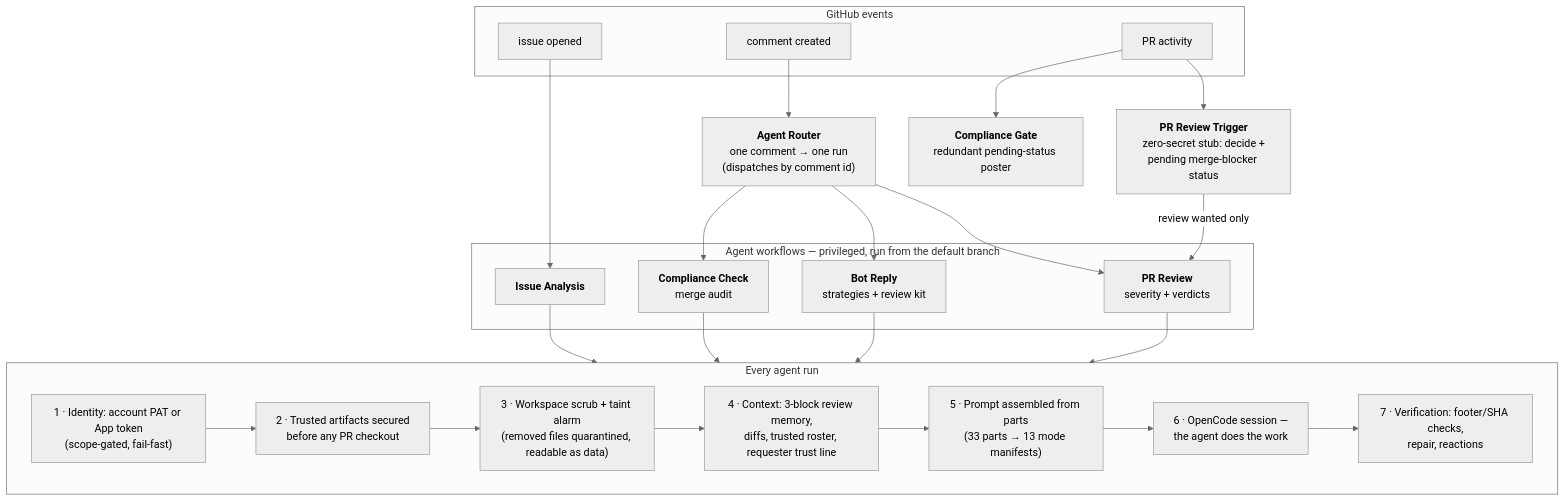
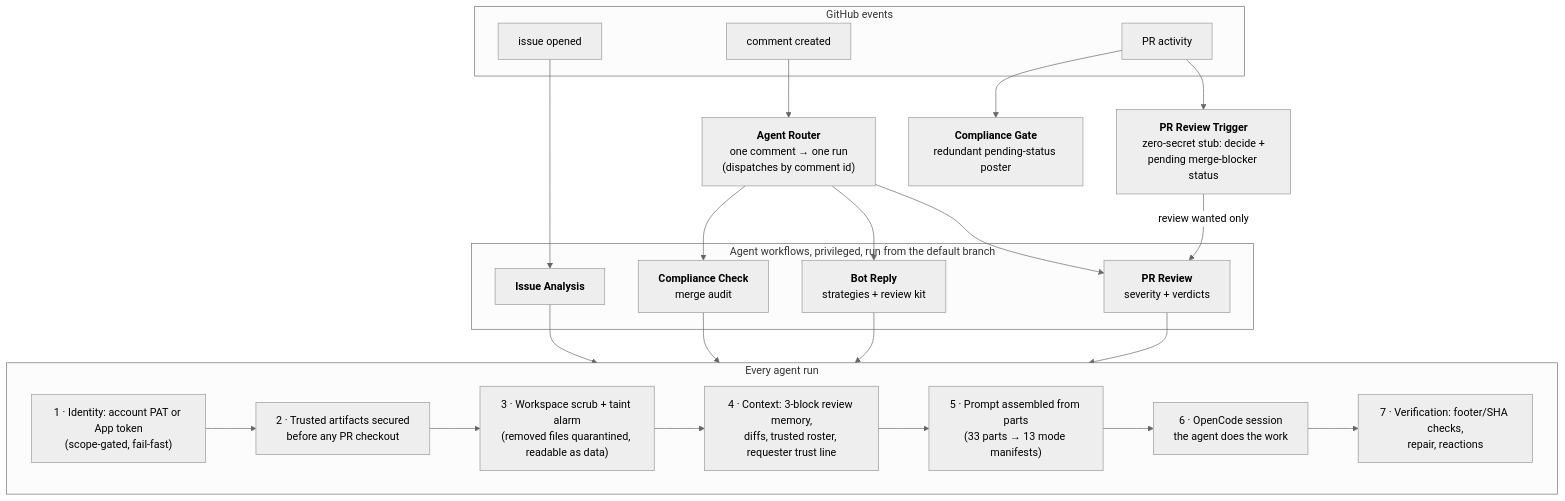
One commit to Mirrowel/Mirrobot-agent changed the diagram in README.md. Above: the diagram before and after it, drawn with Mermaid (neutral theme). The commit also changed other lines of this file and 33 other files, not shown here.

````diff
--- a/README.md
+++ b/README.md
@@ -70,36 +70,36 @@
 ```mermaid
 flowchart TB
     subgraph events["GitHub events"]
         C[comment created]
         I[issue opened]
         P[PR activity]
     end
 
     C --> ROUTER["<b>Agent Router</b><br/>one comment → one run<br/>(dispatches by comment id)"]
     I --> ISSUE["<b>Issue Analysis</b>"]
     P --> STUB["<b>PR Review Trigger</b><br/>zero-secret stub: decide +<br/>pending merge-blocker status"]
     P --> GATE["<b>Compliance Gate</b><br/>redundant pending-status poster"]
     STUB -->|review wanted only| REVIEW
 
-    subgraph agent["Agent workflows — privileged, run from the default branch"]
+    subgraph agent["Agent workflows, privileged, run from the default branch"]
         REVIEW["<b>PR Review</b><br/>severity + verdicts"]
         BOT["<b>Bot Reply</b><br/>strategies + review kit"]
         COMPL["<b>Compliance Check</b><br/>merge audit"]
         ISSUE
     end
 
     ROUTER --> BOT & REVIEW & COMPL
 
     subgraph engine["Every agent run"]
         S1["1 · Identity: account PAT or App token<br/>(scope-gated, fail-fast)"]
         S2["2 · Trusted artifacts secured<br/>before any PR checkout"]
         S3["3 · Workspace scrub + taint alarm<br/>(removed files quarantined, readable as data)"]
         S4["4 · Context: 3-block review memory,<br/>diffs, trusted roster, requester trust line"]
         S5["5 · Prompt assembled from parts<br/>(33 parts → 13 mode manifests)"]
-        S6["6 · OpenCode session —<br/>the agent does the work"]
+        S6["6 · OpenCode session<br/>the agent does the work"]
         S7["7 · Verification: footer/SHA checks,<br/>repair, reactions"]
         S1 --> S2 --> S3 --> S4 --> S5 --> S6 --> S7
     end
 
     REVIEW & BOT & COMPL & ISSUE --> engine
 ```
````
